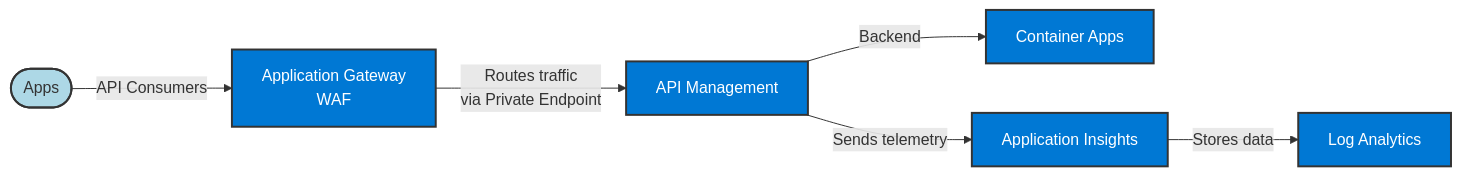
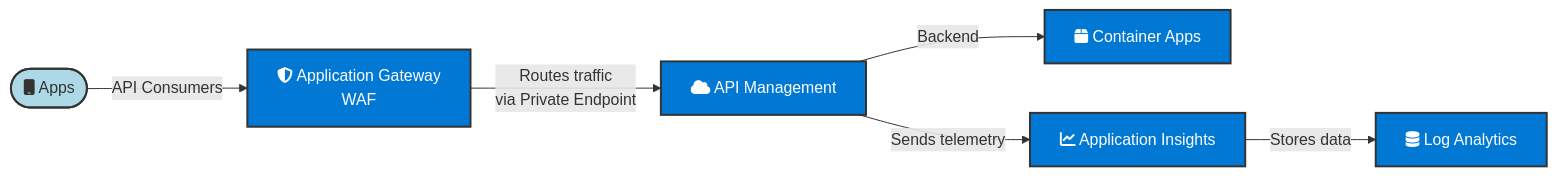
The diagram in assets/diagrams/src/appgw-pe-apim-aca-architecture.md (Azure-Samples/Apim-Samples), drawn with Mermaid before and after one commit. The commit also changed 5 other files, not shown here.

Commit message:
Add Font Awesome icons to Mermaid diagrams and document limitations

````diff
--- a/assets/diagrams/src/appgw-pe-apim-aca-architecture.md
+++ b/assets/diagrams/src/appgw-pe-apim-aca-architecture.md
@@ -3,18 +3,18 @@
 ```mermaid
 flowchart LR
-    apps([Apps]):::appStyle
-    appgw[Application Gateway<br/>WAF]:::azureStyle
-    apim[API Management]:::azureStyle
-    aca[Container Apps]:::azureStyle
-    appinsights[Application Insights]:::azureStyle
-    loganalytics[Log Analytics]:::azureStyle
+    apps([fa:fa-mobile Apps]):::appStyle
+    appgw[fa:fa-shield-alt Application Gateway<br/>WAF]:::azureStyle
+    apim[fa:fa-cloud API Management]:::azureStyle
+    aca[fa:fa-box Container Apps]:::azureStyle
+    appinsights[fa:fa-chart-line Application Insights]:::azureStyle
+    loganalytics[fa:fa-database Log Analytics]:::azureStyle
 
     apps -->|API Consumers| appgw
     appgw -->|Routes traffic<br/>via Private Endpoint| apim
     apim -->|Backend| aca
     apim -->|Sends telemetry| appinsights
     appinsights -->|Stores data| loganalytics
 
     classDef appStyle fill:#ADD8E6,stroke:#333,stroke-width:2px
     classDef azureStyle fill:#0078D4,stroke:#333,stroke-width:2px,color:#fff
 ```
````
